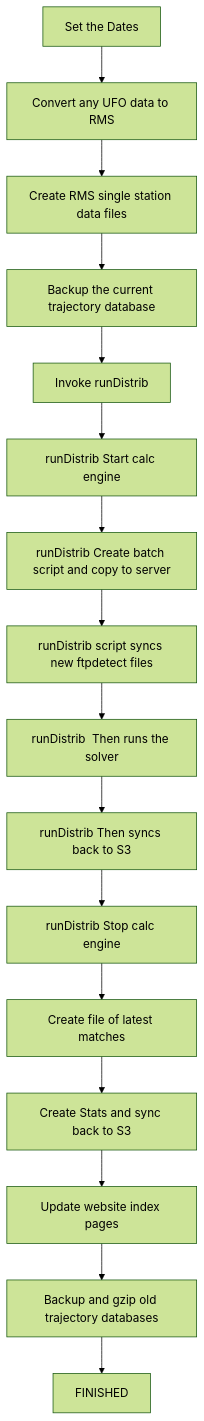
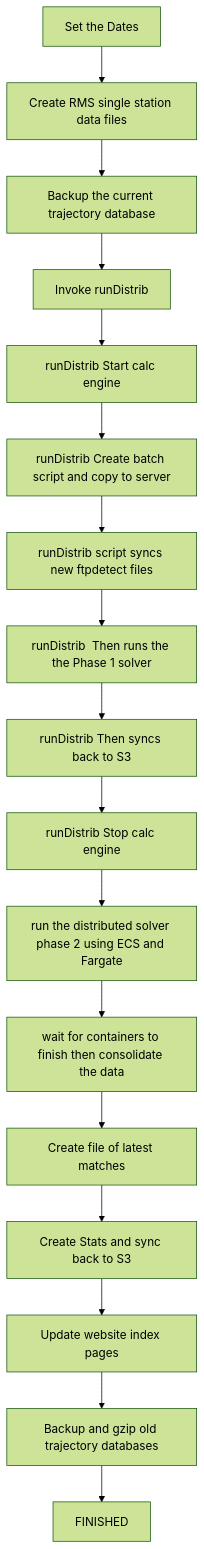
The third of 4 diagrams in archive/README.md (ukmda/ukmda-dataprocessing), drawn with Mermaid (forest theme) before and after one commit. The commit also changed other lines of this file and 8 other files, not shown here.

````diff
--- a/archive/README.md
+++ b/archive/README.md
@@ -57,19 +57,20 @@
 ```mermaid
     flowchart TD
 
-    setd[Set the Dates] --> ufo2rms[Convert any UFO data to RMS]
-    ufo2rms --> rmssngl[Create RMS single station data files]
+    setd[Set the Dates] --> rmssngl[Create RMS single station data files]
     rmssngl --> bkp1[Backup the current trajectory database]
     bkp1 --> rmat[Invoke runDistrib]
     rmat --> start[runDistrib Start calc engine]
     start --> creat[runDistrib Create batch script and copy to server]
     creat --> sync1[runDistrib script syncs new ftpdetect files]
-    sync1 --> run[runDistrib  Then runs the solver]
+    sync1 --> run[runDistrib  Then runs the the Phase 1 solver]
     run --> sync2[runDistrib Then syncs back to S3]
     sync2 --> done[runDistrib Stop calc engine]
-    done --> repo[Create file of latest matches]
+    done --> stage2[run the distributed solver phase 2 using ECS and Fargate]
+    stage2 --> consol[wait for containers to finish then consolidate the data]
+    consol --> repo[Create file of latest matches]
     repo --> stats[Create Stats and sync back to S3]
     stats --> idxpg[Update website index pages]
     idxpg --> gzi[Backup and gzip old trajectory databases]
     gzi --> d[FINISHED]
 ```
````
